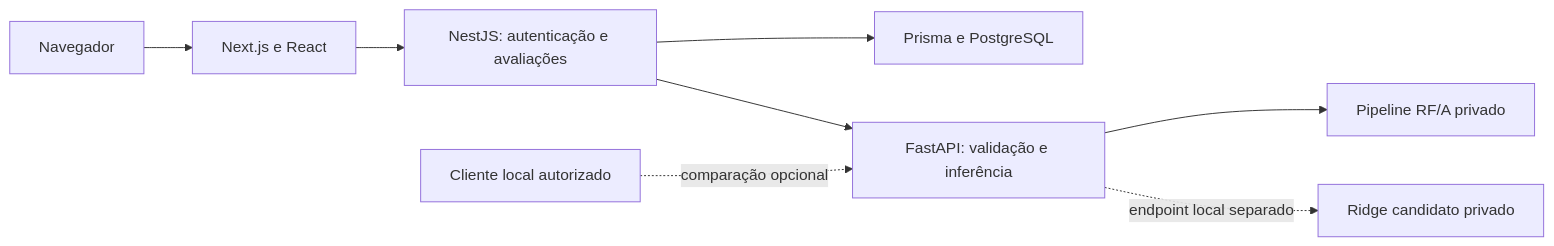
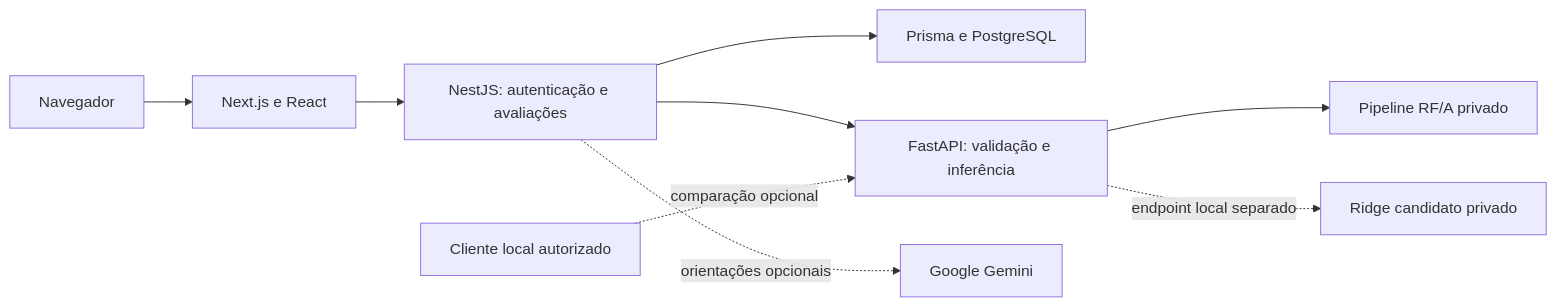
One commit to MiltonPenha/BurnoutSense changed the diagram in README.md. Above: the diagram before and after it, drawn with Mermaid. The commit also changed other lines of this file and 33 other files, not shown here.

````diff
--- a/README.md
+++ b/README.md
@@ -39,10 +41,11 @@
 ```mermaid
 flowchart LR
   U[Navegador] --> F[Next.js e React]
   F --> B[NestJS: autenticação e avaliações]
   B --> P[Prisma e PostgreSQL]
   B --> A[FastAPI: validação e inferência]
   A --> M[Pipeline RF/A privado]
+  B -. orientações opcionais .-> G[Google Gemini]
   L[Cliente local autorizado] -. comparação opcional .-> A
   A -. endpoint local separado .-> S[Ridge candidato privado]
 ```
````
